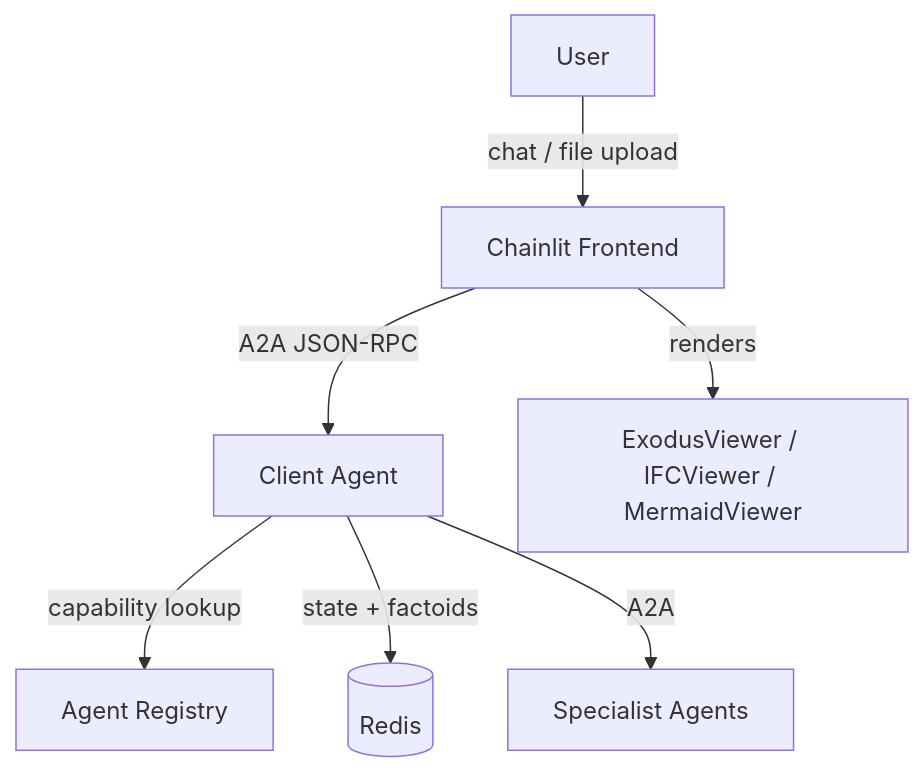
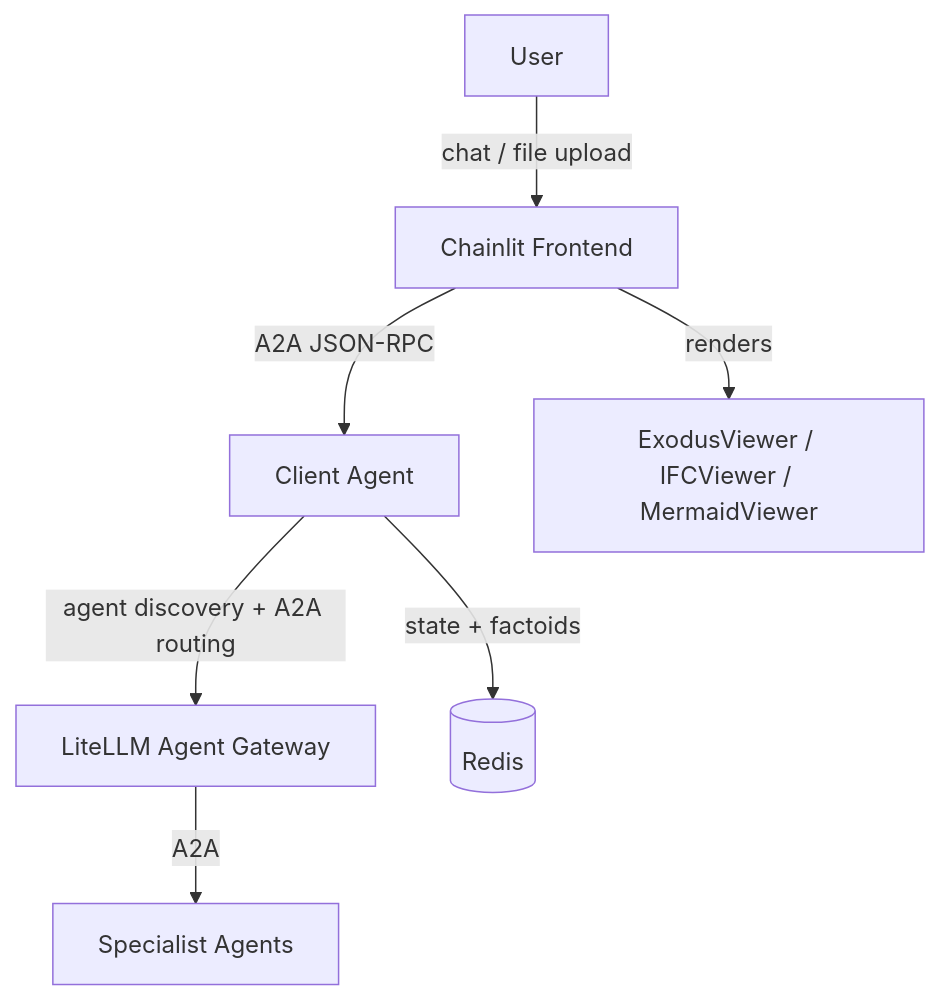
The diagram in docs/prometheus-platform.md (Jimmy-INL/prometheus_core), drawn with Mermaid before and after one commit. The commit also changed other lines of this file and 8 other files, not shown here.

````diff
--- a/docs/prometheus-platform.md
+++ b/docs/prometheus-platform.md
@@ -13,9 +13,9 @@
 ```mermaid
 graph TD
   U[User] -->|chat / file upload| CL[Chainlit Frontend]
   CL -->|A2A JSON-RPC| CA[Client Agent]
-  CA -->|capability lookup| REG[Agent Registry]
+  CA -->|agent discovery + A2A routing| LLM[LiteLLM Agent Gateway]
   CA -->|state + factoids| RED[(Redis)]
-  CA -->|A2A| SA[Specialist Agents]
+  LLM -->|A2A| SA[Specialist Agents]
   CL -->|renders| VIZ[ExodusViewer / IFCViewer / MermaidViewer]
 ```
````
